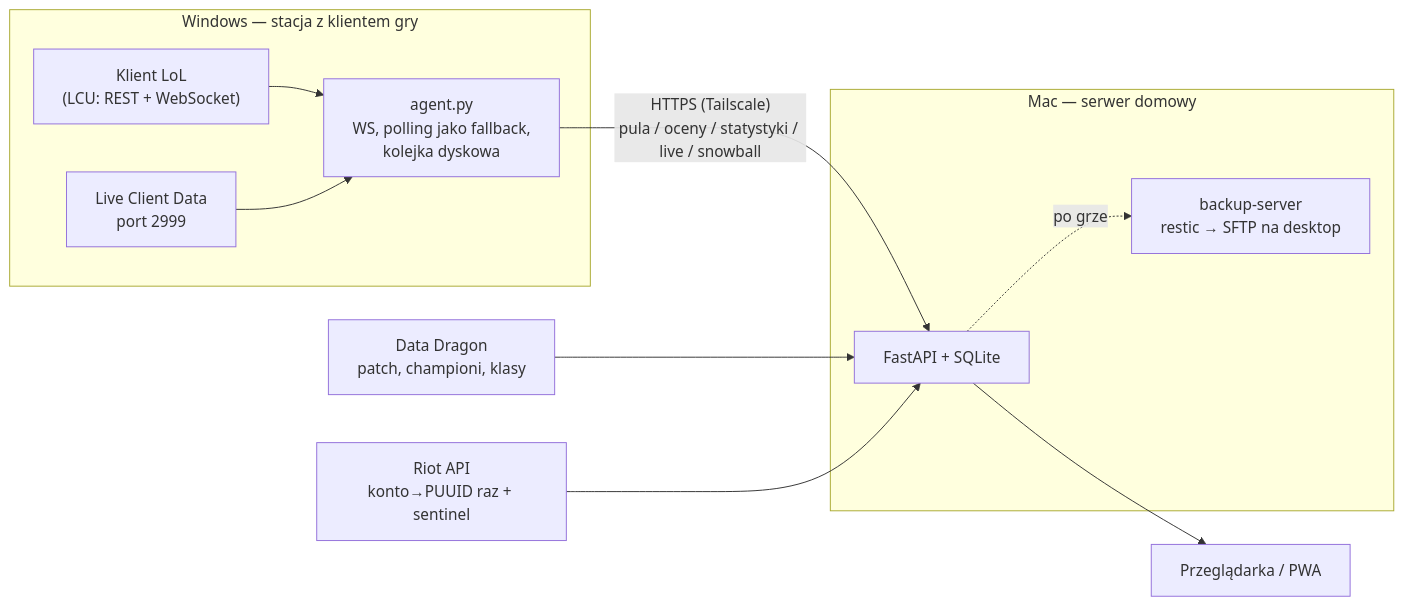
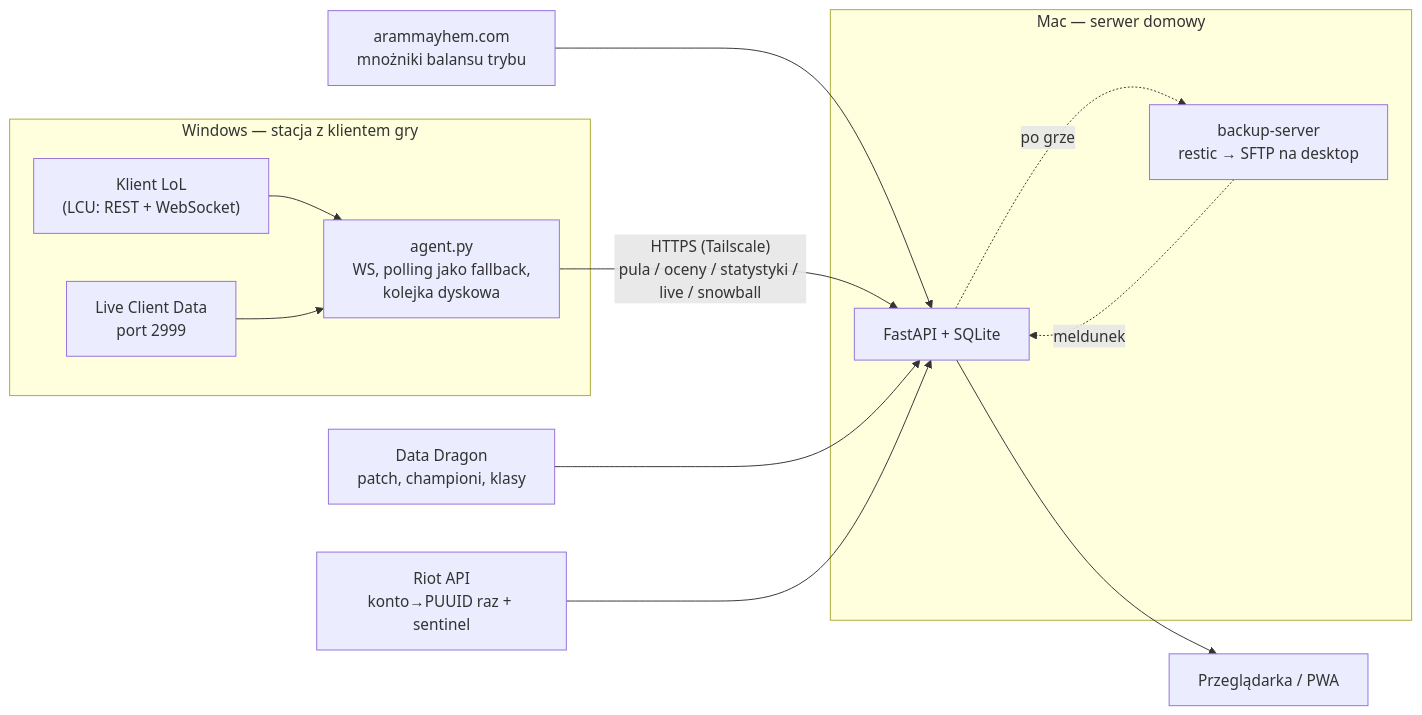
One commit to zerx0202/mastery-tracker changed the diagram in README.md. Above: the diagram before and after it, drawn with Mermaid. The commit also changed other lines of this file and 1 other file, not shown here.

Commit message:
docs: README doganiaja stan kodu - tozsamosci i grade_raw, mnozniki balansu trybu, odzysk gier, konsola LCU, obserwowalnosc, odporna kolejka agenta

````diff
--- a/README.md
+++ b/README.md
@@ -19,24 +19,27 @@
 ```mermaid
 flowchart LR
     subgraph W["Windows — stacja z klientem gry"]
         LCU["Klient LoL<br/>(LCU: REST + WebSocket)"]
         LIVE["Live Client Data<br/>port 2999"]
         AG["agent.py<br/>WS, polling jako fallback,<br/>kolejka dyskowa"]
         LCU --> AG
         LIVE --> AG
     end
 
     subgraph M["Mac — serwer domowy"]
         BE["FastAPI + SQLite"]
         BK["backup-server<br/>restic → SFTP na desktop"]
         BE -.po grze.-> BK
     end
 
     DD["Data Dragon<br/>patch, championi, klasy"]
     RIOT["Riot API<br/>konto→PUUID raz + sentinel"]
+    AM["arammayhem.com<br/>mnożniki balansu trybu"]
+    AM --> BE
+    BK -.meldunek.-> BE
 
     AG -- "HTTPS (Tailscale)<br/>pula / oceny / statystyki / live / snowball" --> BE
     DD --> BE
     RIOT --> BE
     BE --> FE["Przeglądarka / PWA"]
 ```
````
